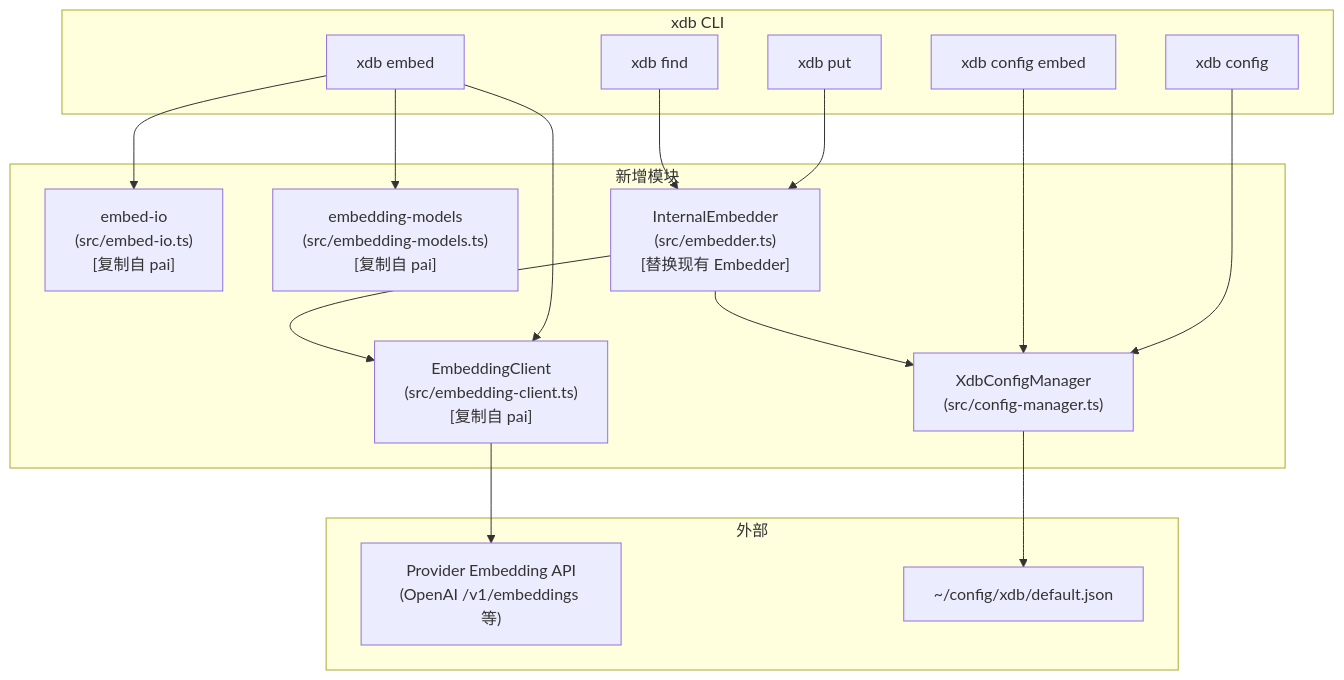
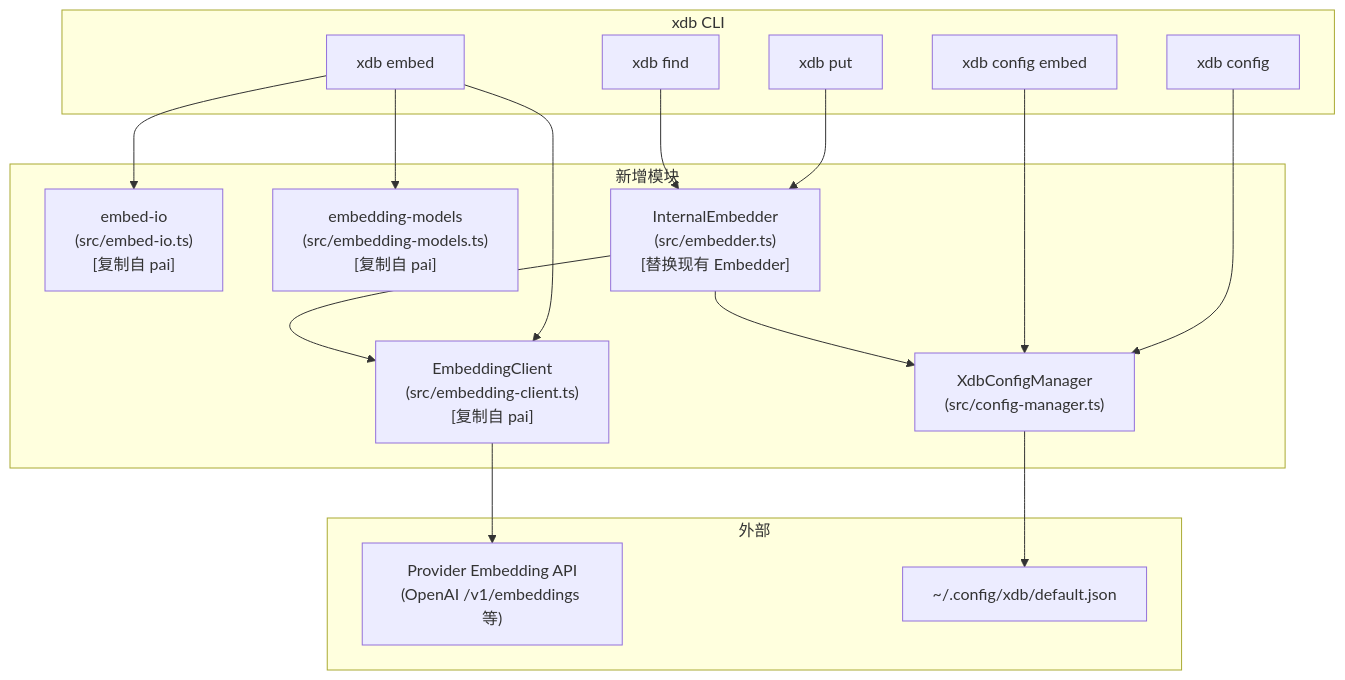
The diagram in .kiro/specs/embed-service/design.md (OneClawLab/xdb), drawn with Mermaid before and after one commit. The commit also changed other lines of this file and 10 other files, not shown here.

````diff
--- a/.kiro/specs/embed-service/design.md
+++ b/.kiro/specs/embed-service/design.md
@@ -15,35 +15,35 @@
 ```mermaid
 graph TD
     subgraph xdb CLI
         CLI_EMBED["xdb embed"]
         CLI_CONFIG["xdb config"]
         CLI_CONFIG_EMBED["xdb config embed"]
         CLI_PUT["xdb put"]
         CLI_FIND["xdb find"]
     end
 
     subgraph 新增模块
         CFG["XdbConfigManager\n(src/config-manager.ts)"]
         EC["EmbeddingClient\n(src/embedding-client.ts)\n[复制自 pai]"]
         EIO["embed-io\n(src/embed-io.ts)\n[复制自 pai]"]
         EMOD["embedding-models\n(src/embedding-models.ts)\n[复制自 pai]"]
         INT_EMB["InternalEmbedder\n(src/embedder.ts)\n[替换现有 Embedder]"]
     end
 
     subgraph 外部
         API["Provider Embedding API\n(OpenAI /v1/embeddings 等)"]
-        CFGFILE["~/config/xdb/default.json"]
+        CFGFILE["~/.config/xdb/default.json"]
     end
 
     CLI_EMBED --> EIO
     CLI_EMBED --> EMOD
     CLI_EMBED --> EC
     CLI_CONFIG --> CFG
     CLI_CONFIG_EMBED --> CFG
     CLI_PUT --> INT_EMB
     CLI_FIND --> INT_EMB
     INT_EMB --> CFG
     INT_EMB --> EC
     EC --> API
     CFG --> CFGFILE
 ```
````
